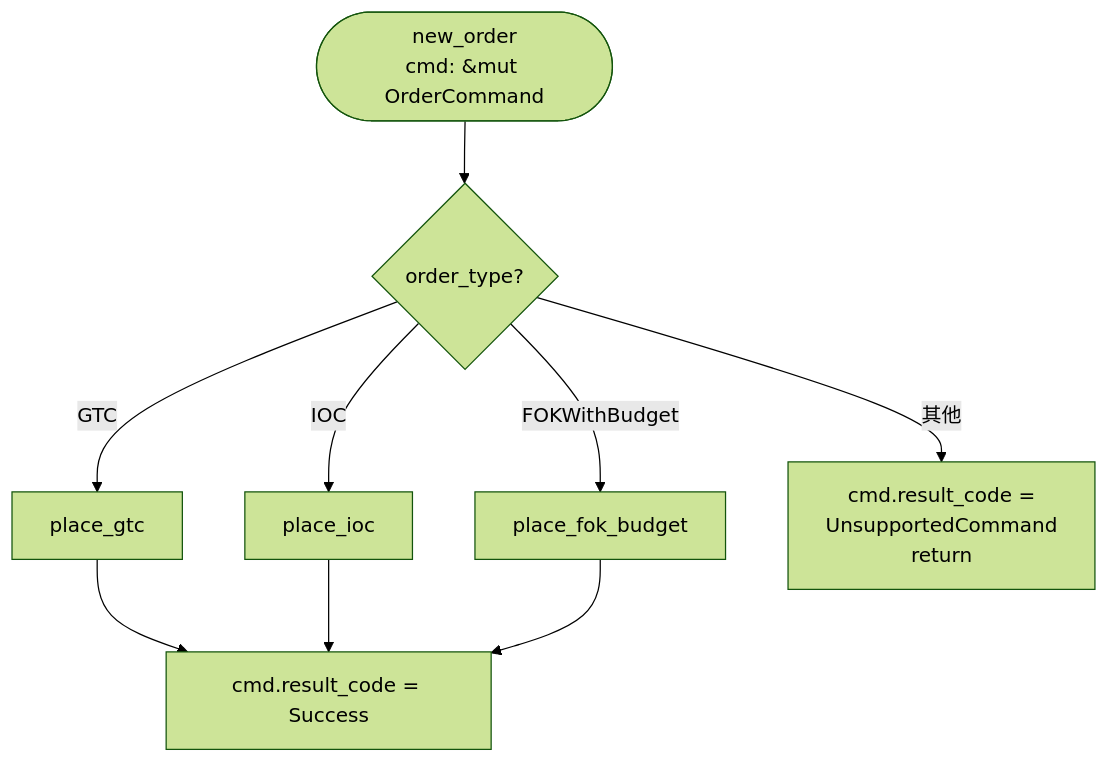
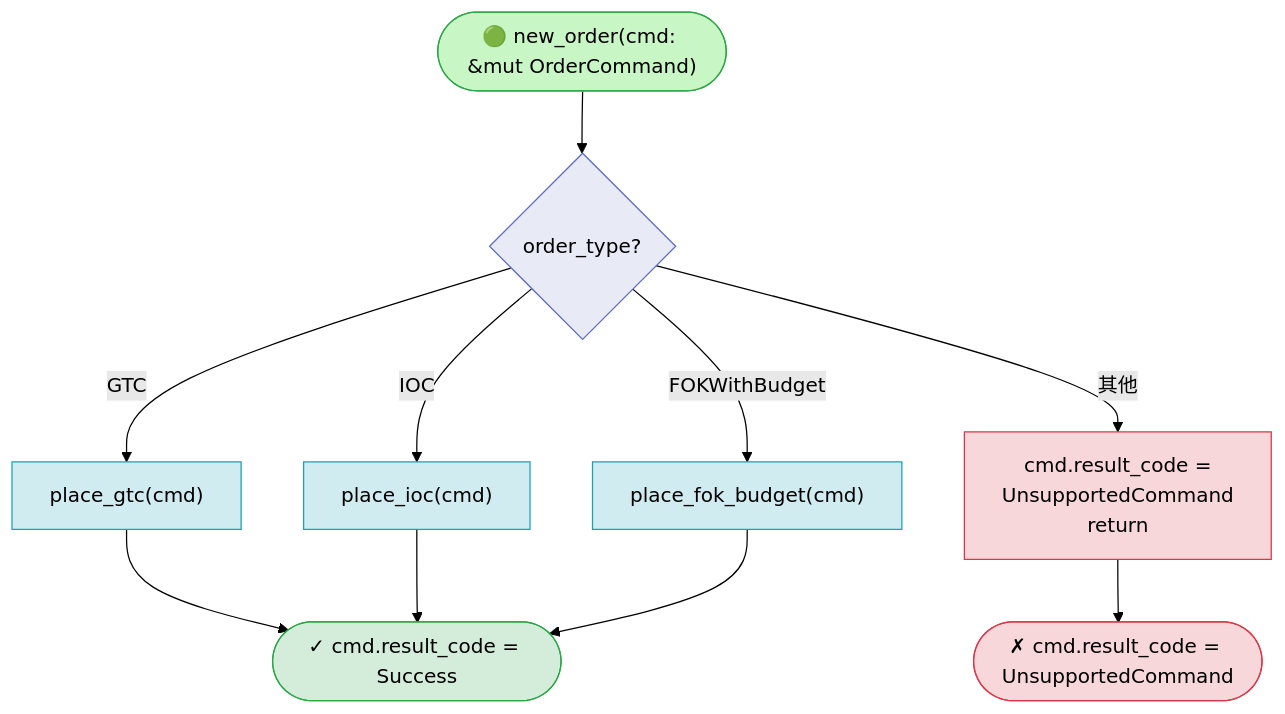
The third of 8 diagrams in doc/orderbook_impl_guide.md (ethanLiu-ps/me-rs), drawn with Mermaid (forest theme) before and after one commit. The commit also changed other lines of this file and 4 other files, not shown here.

````diff
--- a/doc/orderbook_impl_guide.md
+++ b/doc/orderbook_impl_guide.md
@@ -80,13 +103,33 @@
 ```mermaid
 flowchart TD
-    A([new_order\ncmd: &mut OrderCommand]) --> B{order_type?}
+    A(["🟢 new_order(cmd: &mut OrderCommand)"])
+    B{"order_type?"}
 
-    B -->|GTC| C[place_gtc]
-    B -->|IOC| D[place_ioc]
-    B -->|FOKWithBudget| E[place_fok_budget]
-    B -->|其他| F[cmd.result_code =\nUnsupportedCommand\nreturn]
+    C["place_gtc(cmd)"]
+    D["place_ioc(cmd)"]
+    E["place_fok_budget(cmd)"]
+    F["cmd.result_code =\nUnsupportedCommand\nreturn"]
 
-    C --> G[cmd.result_code = Success]
+    G(["✓ cmd.result_code = Success"])
+    H(["✗ cmd.result_code = UnsupportedCommand"])
+
+    A --> B
+    B -->|"GTC"| C
+    B -->|"IOC"| D
+    B -->|"FOKWithBudget"| E
+    B -->|"其他"| F
+
+    C --> G
     D --> G
     E --> G
+    F --> H
+
+    style A fill:#c8f7c5,stroke:#28a745
+    style B fill:#e8eaf6,stroke:#5c6bc0
+    style C fill:#d1ecf1,stroke:#17a2b8
+    style D fill:#d1ecf1,stroke:#17a2b8
+    style E fill:#d1ecf1,stroke:#17a2b8
+    style F fill:#f8d7da,stroke:#dc3545
+    style G fill:#d4edda,stroke:#28a745
+    style H fill:#f8d7da,stroke:#dc3545
 ```
````
